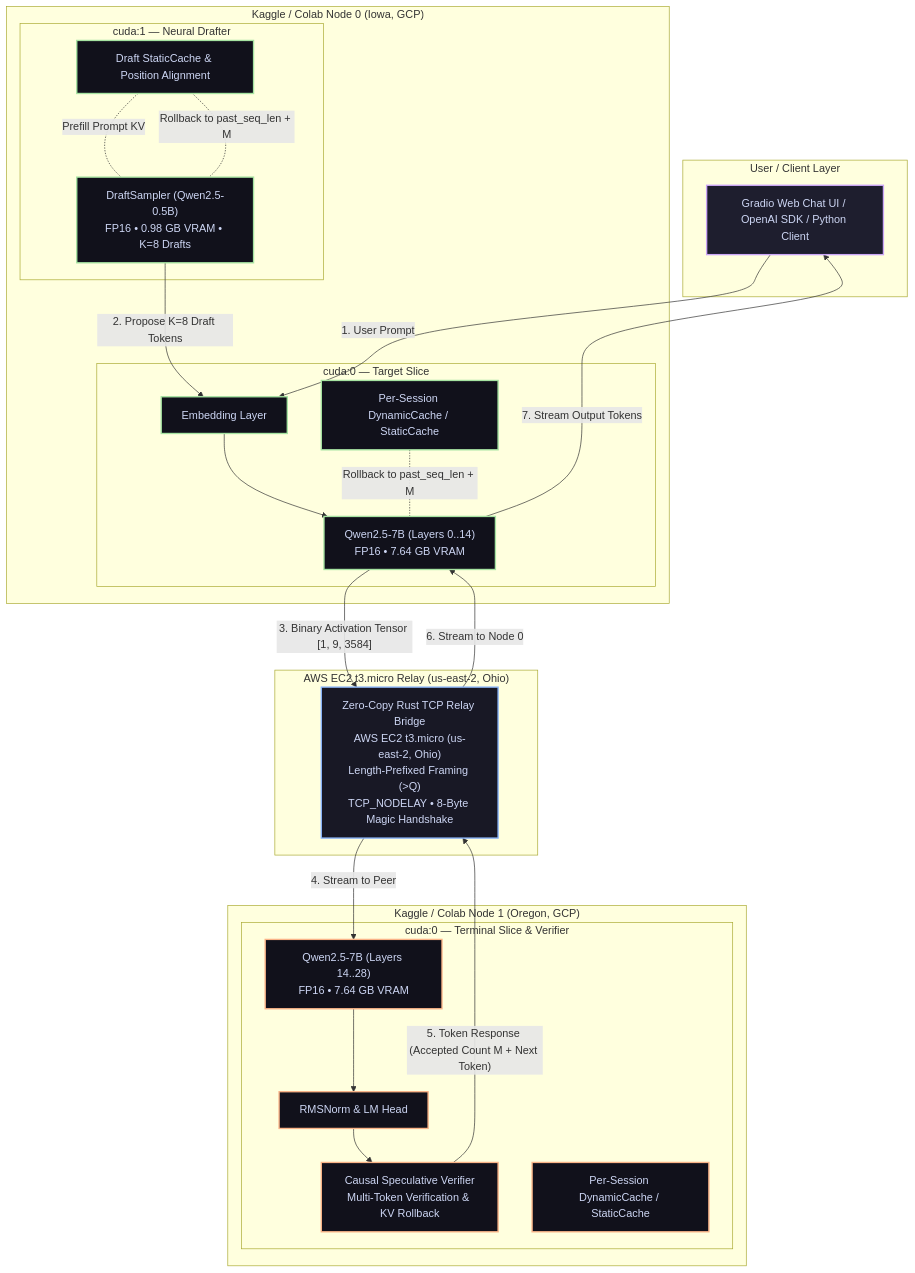
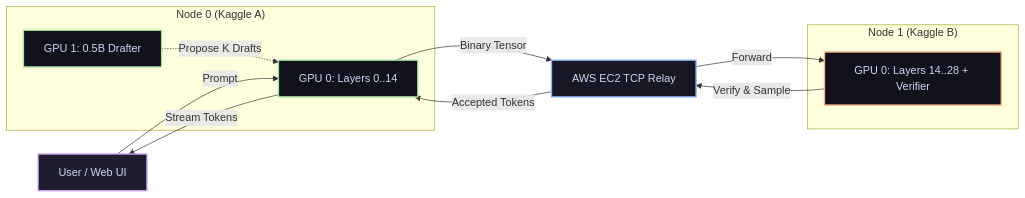
One commit to rautaditya2606/Shardflow changed the diagram in README.md. Above: the diagram before and after it, drawn with Mermaid. The commit also changed other lines of this file, not shown here.

Commit message:
docs: overhaul README into clean developer-first format with 2-minute quickstart, benchmarks, and architecture

````diff
--- a/README.md
+++ b/README.md
@@ -168,50 +179,28 @@
 ```mermaid
-graph TD
+graph LR
     classDef client fill:#1e1e2e,stroke:#cba6f7,stroke-width:2px,color:#cdd6f4
     classDef node0 fill:#11111b,stroke:#a6e3a1,stroke-width:2px,color:#cdd6f4
     classDef node1 fill:#11111b,stroke:#fab387,stroke-width:2px,color:#cdd6f4
     classDef relay fill:#181825,stroke:#89b4fa,stroke-width:2px,color:#cdd6f4
 
-    subgraph UserSpace["User / Client Layer"]
-        C["Gradio Web Chat UI / OpenAI SDK / Python Client"]:::client
+    Client["User / Web UI"]:::client
+    
+    subgraph Node0["Node 0 (Kaggle A)"]
+        N0_GPU0["GPU 0: Layers 0..14"]:::node0
+        N0_GPU1["GPU 1: 0.5B Drafter"]:::node0
     end
 
-    subgraph Node0Instance["Kaggle / Colab Node 0 (Iowa, GCP)"]
-        subgraph GPU0["cuda:0 — Target Slice"]
-            N0_EMB["Embedding Layer"]:::node0
-            N0_LAYERS["Qwen2.5-7B (Layers 0..14)<br/>FP16 • 7.64 GB VRAM"]:::node0
-            N0_KV["Per-Session DynamicCache / StaticCache"]:::node0
-        end
-        subgraph GPU1["cuda:1 — Neural Drafter"]
-            DRAFT["DraftSampler (Qwen2.5-0.5B)<br/>FP16 • 0.98 GB VRAM • K=8 Drafts"]:::node0
-            DRAFT_KV["Draft StaticCache & Position Alignment"]:::node0
-        end
+    Relay["AWS EC2 TCP Relay"]:::relay
+
+    subgraph Node1["Node 1 (Kaggle B)"]
+        N1_GPU0["GPU 0: Layers 14..28 + Verifier"]:::node1
     end
 
-    subgraph RelayServer["AWS EC2 t3.micro Relay (us-east-2, Ohio)"]
-        RELAY["Zero-Copy Rust TCP Relay Bridge<br/>AWS EC2 t3.micro (us-east-2, Ohio)<br/>Length-Prefixed Framing (>Q)<br/>TCP_NODELAY • 8-Byte Magic Handshake"]:::relay
-    end
-
-    subgraph Node1Instance["Kaggle / Colab Node 1 (Oregon, GCP)"]
-        subgraph GPU_N1["cuda:0 — Terminal Slice & Verifier"]
-            N1_LAYERS["Qwen2.5-7B (Layers 14..28)<br/>FP16 • 7.64 GB VRAM"]:::node1
-            N1_HEAD["RMSNorm & LM Head"]:::node1
-            N1_VERIFY["Causal Speculative Verifier<br/>Multi-Token Verification & KV Rollback"]:::node1
-            N1_KV["Per-Session DynamicCache / StaticCache"]:::node1
-        end
-    end
-
-    C -->|"1. User Prompt"| N0_EMB
-    DRAFT_KV -.-|"Prefill Prompt KV"| DRAFT
-    DRAFT -->|"2. Propose K=8 Draft Tokens"| N0_EMB
-    N0_EMB --> N0_LAYERS
-    N0_LAYERS -->|"3. Binary Activation Tensor [1, 9, 3584]"| RELAY
-    RELAY -->|"4. Stream to Peer"| N1_LAYERS
-    N1_LAYERS --> N1_HEAD
-    N1_HEAD --> N1_VERIFY
-    N1_VERIFY -->|"5. Token Response (Accepted Count M + Next Token)"| RELAY
-    RELAY -->|"6. Stream to Node 0"| N0_LAYERS
-    N0_KV -.-|"Rollback to past_seq_len + M"| N0_LAYERS
-    DRAFT_KV -.-|"Rollback to past_seq_len + M"| DRAFT
-    N0_LAYERS -->|"7. Stream Output Tokens"| C
+    Client -->|"Prompt"| N0_GPU0
+    N0_GPU1 -.->|"Propose K Drafts"| N0_GPU0
+    N0_GPU0 -->|"Binary Tensor"| Relay
+    Relay -->|"Forward"| N1_GPU0
+    N1_GPU0 -->|"Verify & Sample"| Relay
+    Relay -->|"Accepted Tokens"| N0_GPU0
+    N0_GPU0 -->|"Stream Tokens"| Client
 ```
````
